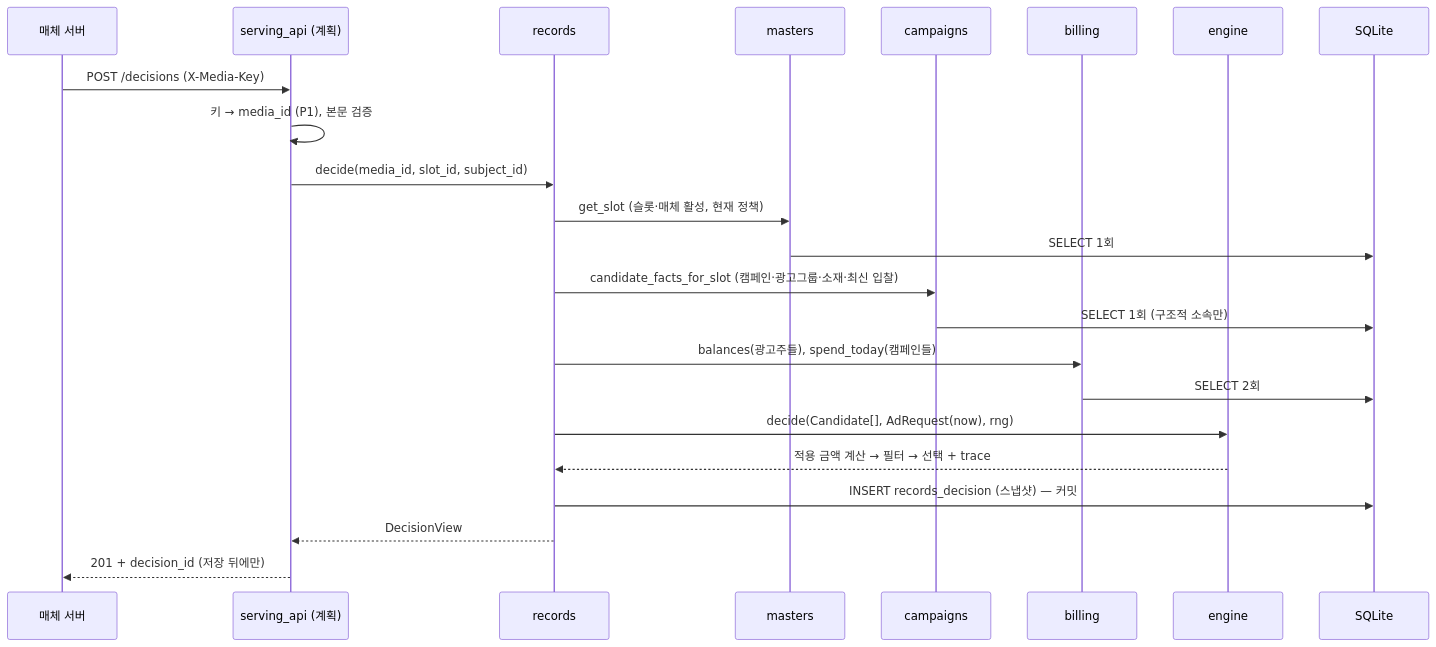
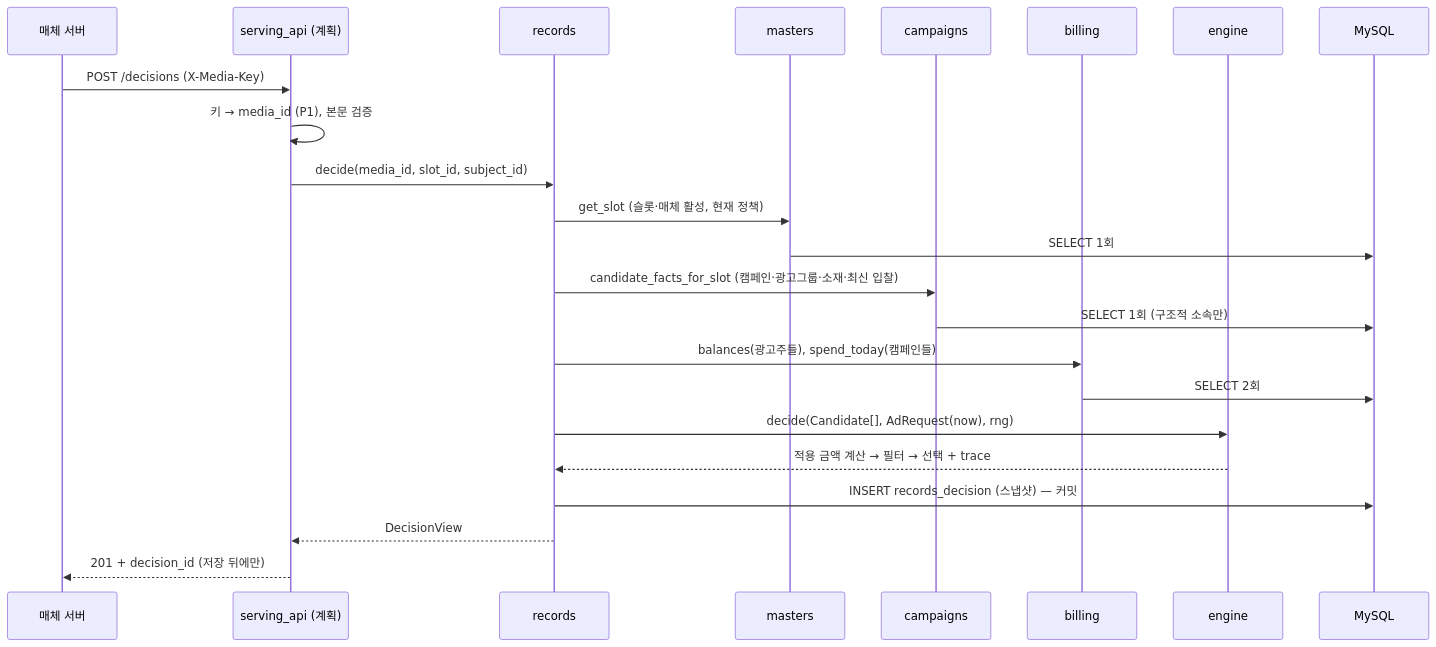
Before and after one commit to encore-ai-campus/mlo-01-p3-team2: the sixth of 7 diagrams in docs/ads-server/ads-server-drd.md, drawn with Mermaid. The commit also changed other lines of this file and 4 other files, not shown here.

````diff
--- a/docs/ads-server/ads-server-drd.md
+++ b/docs/ads-server/ads-server-drd.md
@@ -786,26 +785,26 @@
 ```mermaid
 sequenceDiagram
     participant M as 매체 서버
     participant S as serving_api (계획)
     participant R as records
     participant MA as masters
     participant C as campaigns
     participant B as billing
     participant E as engine
-    participant DB as SQLite
+    participant DB as MySQL
 
     M->>S: POST /decisions (X-Media-Key)
     S->>S: 키 → media_id (P1), 본문 검증
     S->>R: decide(media_id, slot_id, subject_id)
     R->>MA: get_slot (슬롯·매체 활성, 현재 정책)
     MA->>DB: SELECT 1회
     R->>C: candidate_facts_for_slot (캠페인·광고그룹·소재·최신 입찰)
     C->>DB: SELECT 1회 (구조적 소속만)
     R->>B: balances(광고주들), spend_today(캠페인들)
     B->>DB: SELECT 2회
     R->>E: decide(Candidate[], AdRequest(now), rng)
     E-->>R: 적용 금액 계산 → 필터 → 선택 + trace
     R->>DB: INSERT records_decision (스냅샷) — 커밋
     R-->>S: DecisionView
     S-->>M: 201 + decision_id (저장 뒤에만)
 ```
````
